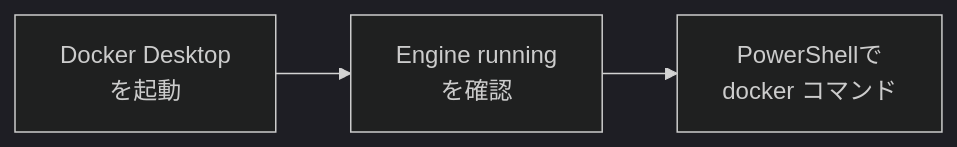
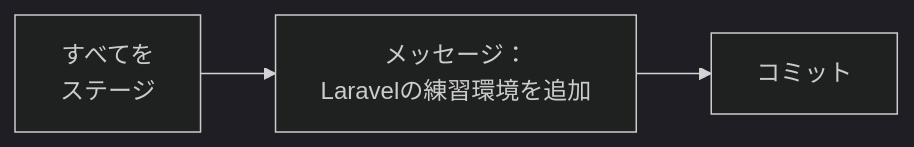
Before and after one commit to hakobunet/iica-koyama: the fourth of 4 diagrams in docs/1年生_データ設計とアプリ開発/後期/20261008/20261008_資料_2.md, drawn with Mermaid (dark theme). The commit also changed other lines of this file and 2 other files, not shown here.

````diff
--- a/docs/1年生_データ設計とアプリ開発/後期/20261008/20261008_資料_2.md
+++ b/docs/1年生_データ設計とアプリ開発/後期/20261008/20261008_資料_2.md
@@ -296,4 +97,4 @@
 ```mermaid
 graph LR
-    A[Docker Desktop<br>を起動] --> B[Engine running<br>を確認] --> C[PowerShellで<br>docker コマンド]
+    A[すべてを<br>ステージ] --> B[メッセージ：<br>Laravelの練習環境を追加] --> C[コミット]
 ```
````
